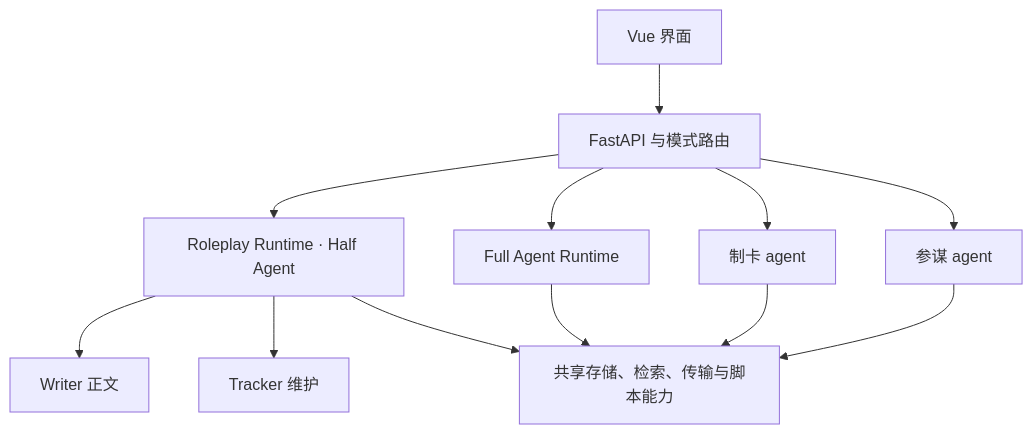
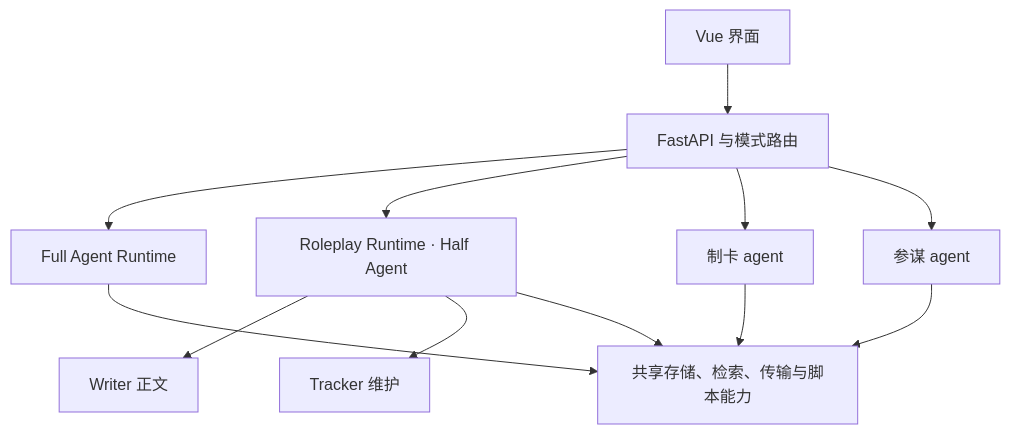
One commit to illuminatedworm/terrarium-tavern changed the diagram in docs/design/architecture.md. Above: the diagram before and after it, drawn with Mermaid. The commit also changed other lines of this file and 8 other files, not shown here.

Commit message:
功能：新建故事默认 Full Agent 并改用分段切换，文档改为两种模式并列表述

````diff
--- a/docs/design/architecture.md
+++ b/docs/design/architecture.md
@@ -5,14 +5,14 @@
 ```mermaid
 flowchart TD
     UI[Vue 界面] --> API[FastAPI 与模式路由]
+    API --> FULL[Full Agent Runtime]
     API --> HALF[Roleplay Runtime · Half Agent]
-    API --> FULL[Full Agent Runtime]
     API --> EDIT[制卡 agent]
     API --> ADVISOR[参谋 agent]
     HALF --> WRITER[Writer 正文]
     HALF --> TRACKER[Tracker 维护]
     HALF --> SHARED[共享存储、检索、传输与脚本能力]
     FULL --> SHARED
     EDIT --> SHARED
     ADVISOR --> SHARED
 ```
````
